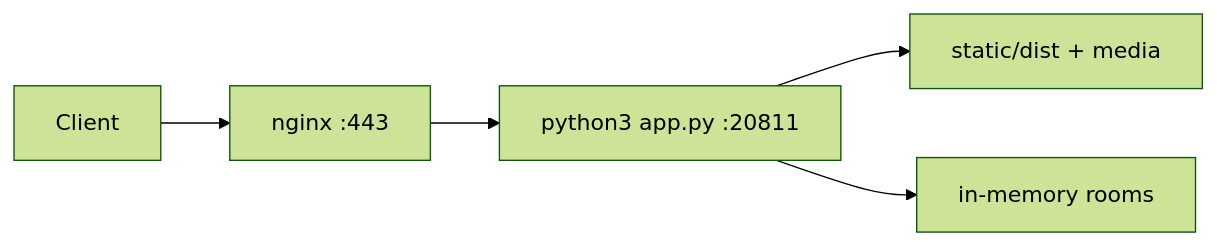
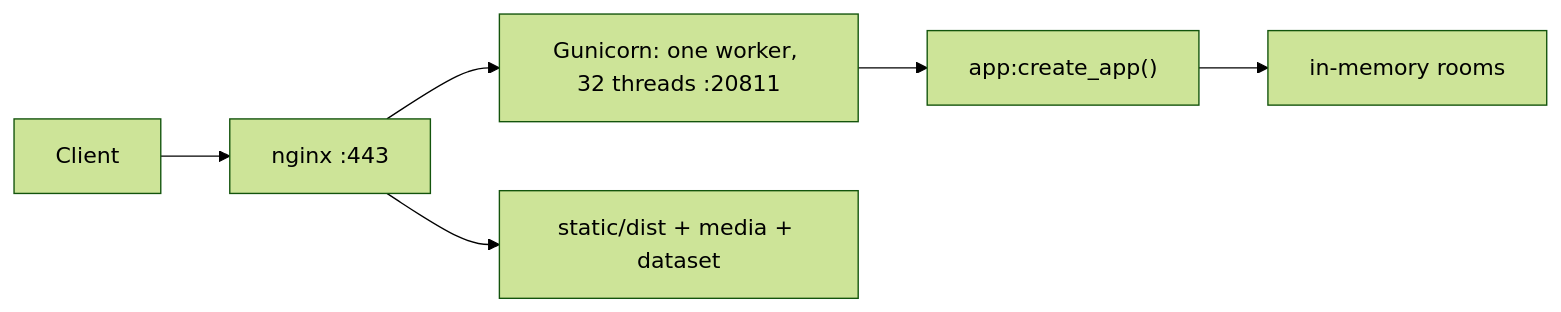
One commit to SJTU-Touhou-Club/GensokyoGeoGuesser changed the diagram in docs/deploy/README.md. Above: the diagram before and after it, drawn with Mermaid (forest theme). The commit also changed other lines of this file and 2 other files, not shown here.

````diff
--- a/docs/deploy/README.md
+++ b/docs/deploy/README.md
@@ -155,7 +165,8 @@
 ```mermaid
 flowchart LR
   Client --> Nginx443["nginx :443"]
-  Nginx443 --> Flask["python3 app.py :20811"]
-  Flask --> Static["static/dist + media"]
+  Nginx443 --> Gunicorn["Gunicorn: one worker, 32 threads :20811"]
+  Nginx443 --> Static["static/dist + media + dataset"]
+  Gunicorn --> Flask["app:create_app()"]
   Flask --> Memory["in-memory rooms"]
 ```
````
